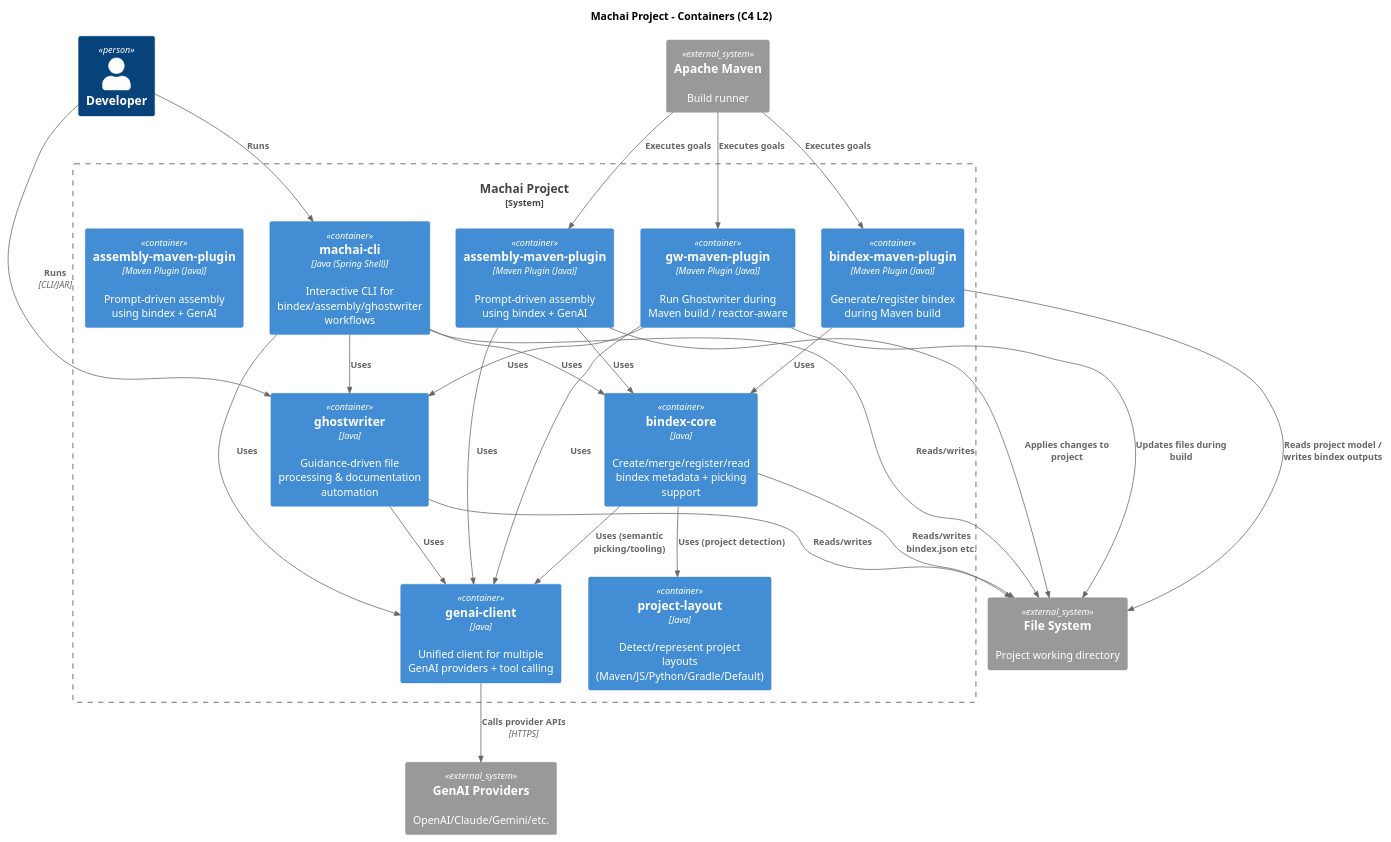
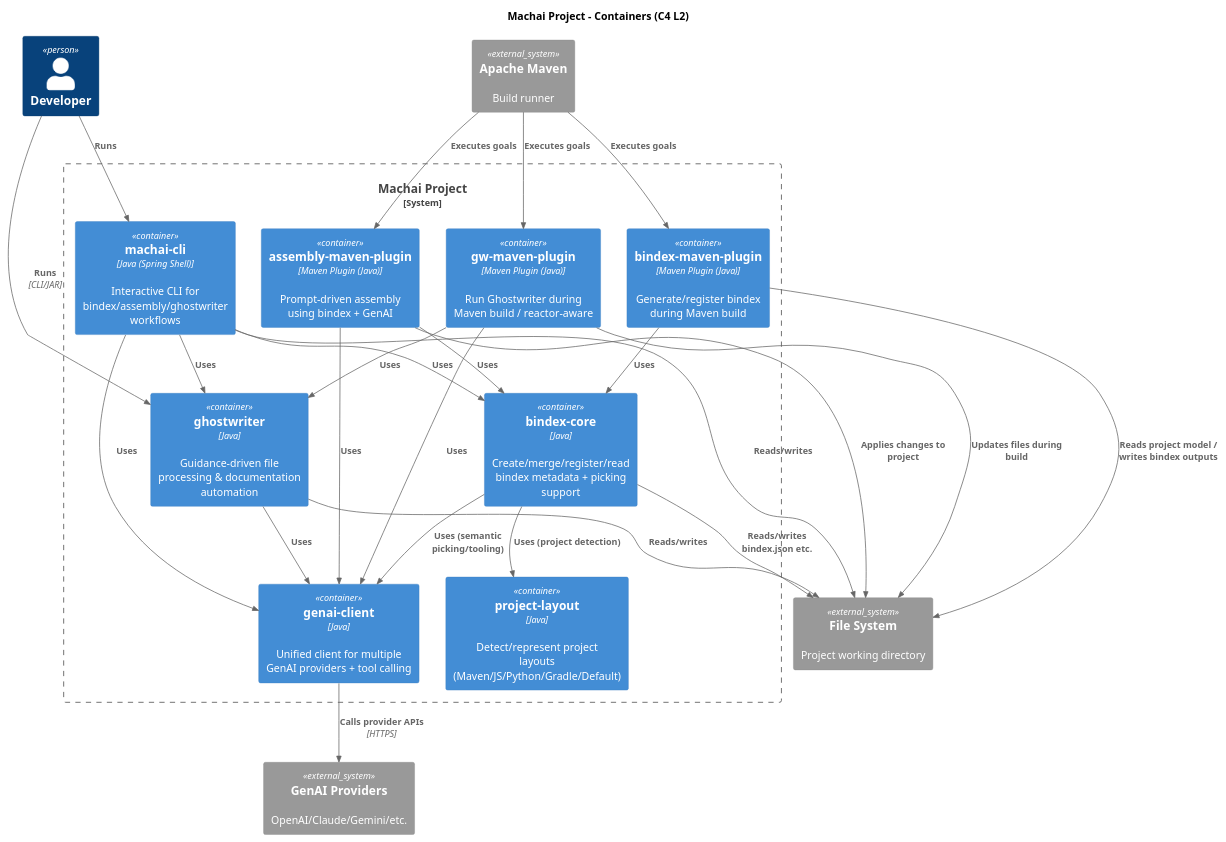
One commit to machanism-org/machai changed the diagram in src/site/puml/machai-prj-c4-l2.puml. Above: the diagram before and after it, drawn with PlantUML. The commit also changed 2 other files, not shown here.

```diff
--- a/src/site/puml/machai-prj-c4-l2.puml
+++ b/src/site/puml/machai-prj-c4-l2.puml
@@ -2,56 +2,54 @@
 @startuml
 !include https://raw.githubusercontent.com/plantuml-stdlib/C4-PlantUML/master/C4_Container.puml
 
 title Machai Project - Containers (C4 L2)
 
 Person(dev, "Developer")
 
 System_Boundary(machai, "Machai Project") {
   Container(cli, "machai-cli", "Java (Spring Shell)", "Interactive CLI for bindex/assembly/ghostwriter workflows")
   Container(gw, "ghostwriter", "Java", "Guidance-driven file processing & documentation automation")
   Container(genai, "genai-client", "Java", "Unified client for multiple GenAI providers + tool calling")
   Container(bindexCore, "bindex-core", "Java", "Create/merge/register/read bindex metadata + picking support")
   Container(projectLayout, "project-layout", "Java", "Detect/represent project layouts (Maven/JS/Python/Gradle/Default)")
 
   Container(bindexPlugin, "bindex-maven-plugin", "Maven Plugin (Java)", "Generate/register bindex during Maven build")
   Container(assemblyPlugin, "assembly-maven-plugin", "Maven Plugin (Java)", "Prompt-driven assembly using bindex + GenAI")
   Container(gwPlugin, "gw-maven-plugin", "Maven Plugin (Java)", "Run Ghostwriter during Maven build / reactor-aware")
-
-  Container(asmCli, "assembly-maven-plugin", "Maven Plugin (Java)", "Prompt-driven assembly using bindex + GenAI")
 
   Rel(cli, bindexCore, "Uses")
   Rel(cli, gw, "Uses")
   Rel(cli, genai, "Uses")
 
   Rel(gw, genai, "Uses")
   Rel(bindexCore, genai, "Uses (semantic picking/tooling)")
   Rel(bindexCore, projectLayout, "Uses (project detection)")
 
   Rel(bindexPlugin, bindexCore, "Uses")
   Rel(assemblyPlugin, bindexCore, "Uses")
   Rel(assemblyPlugin, genai, "Uses")
   Rel(gwPlugin, gw, "Uses")
   Rel(gwPlugin, genai, "Uses")
 }
 
 System_Ext(genaiProviders, "GenAI Providers", "OpenAI/Claude/Gemini/etc.")
 System_Ext(maven, "Apache Maven", "Build runner")
 System_Ext(fs, "File System", "Project working directory")
 
 Rel(dev, cli, "Runs")
 Rel(dev, gw, "Runs", "CLI/JAR")
 
 Rel(maven, bindexPlugin, "Executes goals")
 Rel(maven, assemblyPlugin, "Executes goals")
 Rel(maven, gwPlugin, "Executes goals")
 
 Rel(genai, genaiProviders, "Calls provider APIs", "HTTPS")
 
 Rel(cli, fs, "Reads/writes")
 Rel(gw, fs, "Reads/writes")
 Rel(bindexCore, fs, "Reads/writes bindex.json etc.")
 Rel(bindexPlugin, fs, "Reads project model / writes bindex outputs")
 Rel(assemblyPlugin, fs, "Applies changes to project")
 Rel(gwPlugin, fs, "Updates files during build")
 
 @enduml
```
